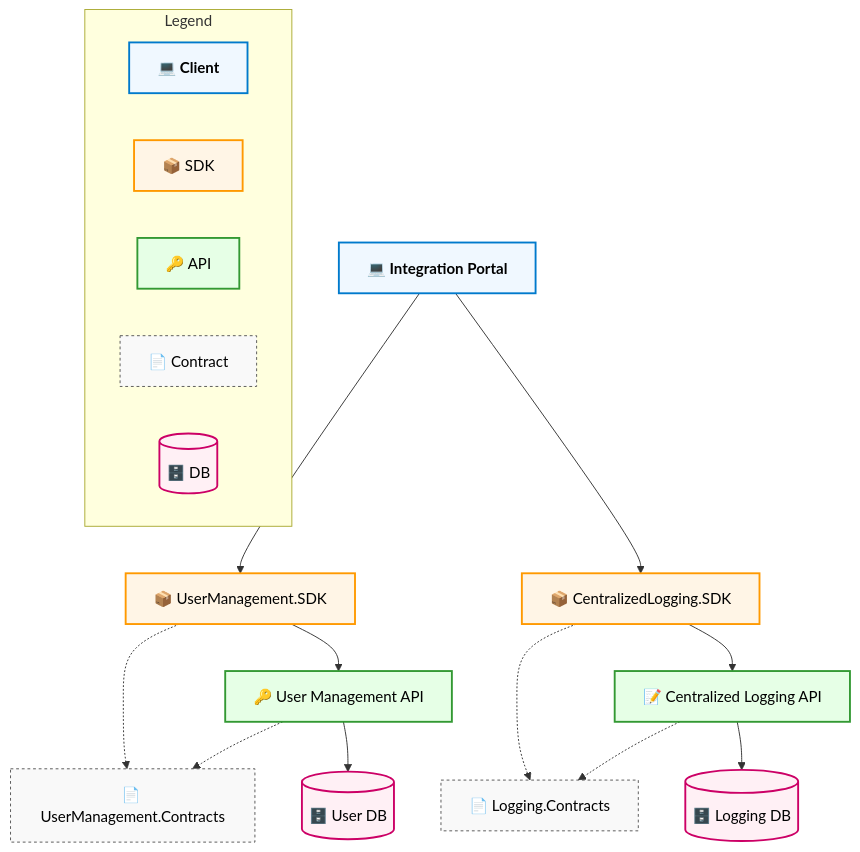
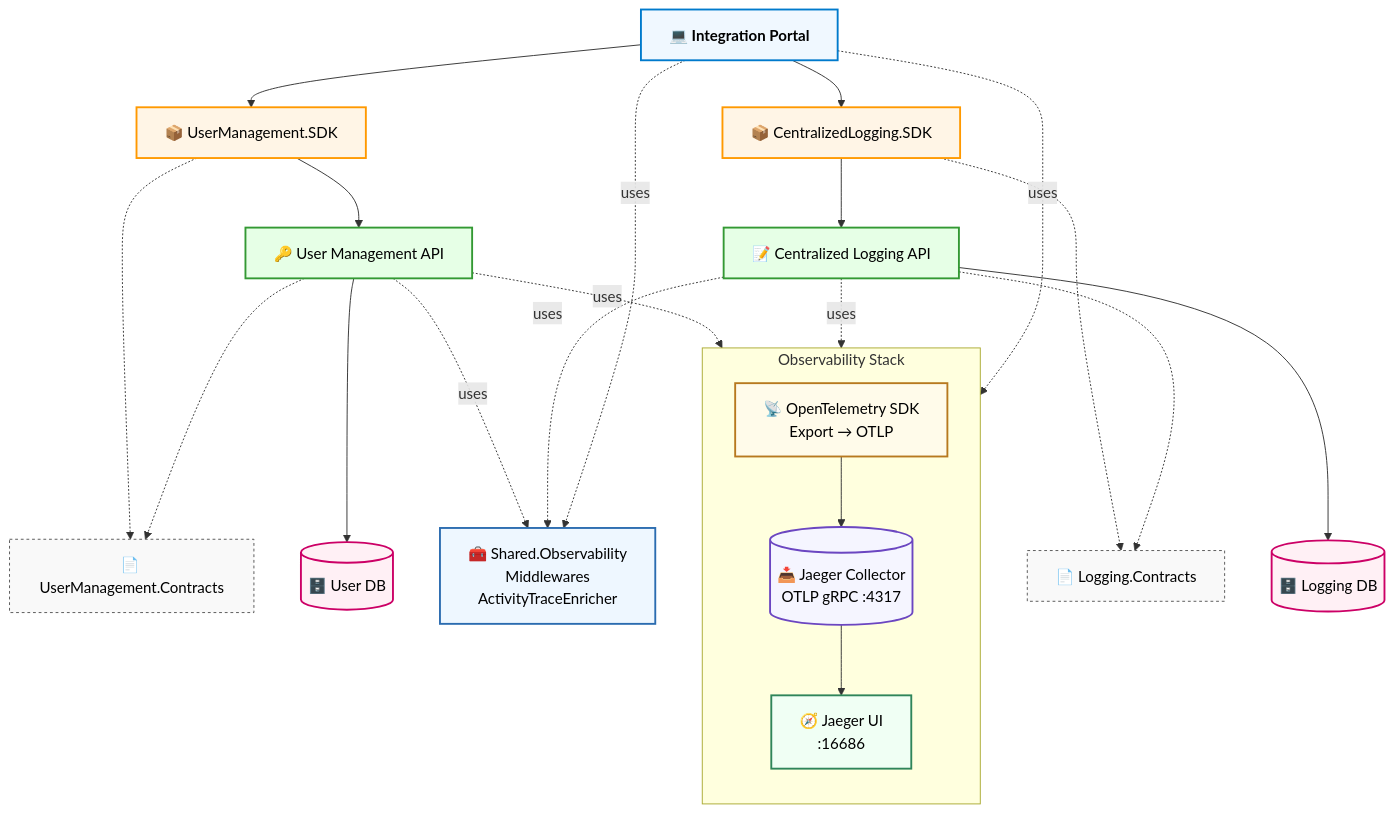
Before and after one commit to HasanJaved-Developer/CentralizedObservability: the diagram in docs/integration_portal_architecture.mmd, drawn with Mermaid. The commit also changed 5 other files, not shown here.

Commit message:
mermaid diagrams added

```diff
--- a/docs/integration_portal_architecture.mmd
+++ b/docs/integration_portal_architecture.mmd
@@ -1,53 +1,73 @@
-flowchart TB
-  %% --- Clients ---
+flowchart TB  
+  %% --- Clients ---  
   Portal[💻 Integration Portal<br/>]:::client
-  
+    
+  %% --- OpenTelemetry & Jaeger (Tracing) ---
+  subgraph OBS[Observability Stack]
+    direction TB
+    OTEL[📡 OpenTelemetry SDK<br/>Export → OTLP]:::otel
+    J_COLLECTOR[(📥 Jaeger Collector<br/>OTLP gRPC :4317)]:::infra
+    J_UI[🧭 Jaeger UI<br/>:16686]:::ui
+    OTEL --> J_COLLECTOR --> J_UI
+  end
 
   %% --- SDKs ---
   UM_SDK[📦 UserManagement.SDK]:::sdk
   LOG_SDK[📦 CentralizedLogging.SDK]:::sdk
 
   %% --- APIs ---
   UM_API[🔑 User Management API]:::api
   LOG_API[📝 Centralized Logging API]:::api
 
   %% --- Contracts ---
   UM_CONTRACTS[📄 UserManagement.Contracts]:::contract
   LOG_CONTRACTS[📄 Logging.Contracts]:::contract
 
   %% --- Databases ---
   UDB[(🗄️ User DB)]:::db
   LDB[(🗄️ Logging DB)]:::db
+
+  %% --- Shared Observability Library ---
+  SHARED[🧰 Shared.Observability<br/>Middlewares<br/>ActivityTraceEnricher]:::lib
+
+ 
+
 
   %% --- Flows ---
   %% Clients use SDKs
   Portal --> UM_SDK --> UM_API
   Portal --> LOG_SDK --> LOG_API
   
   %% SDKs depend on contracts
   UM_SDK -.-> UM_CONTRACTS
   LOG_SDK -.-> LOG_CONTRACTS
 
   %% APIs also follow contracts
   UM_API -.-> UM_CONTRACTS
   LOG_API -.-> LOG_CONTRACTS
 
   %% APIs use DBs
   UM_API --> UDB
   LOG_API --> LDB
 
-  %% --- Legend ---
-  subgraph Legend
-    L1[💻 Client]:::client
-    L2[📦 SDK]:::sdk
-    L3[🔑 API]:::api
-    L4[📄 Contract]:::contract
-    L5[(🗄️ DB)]:::db
-  end
+  %% APIs use Shared Library (middlewares + enricher)
+  UM_API -. uses .-> SHARED
+  LOG_API -. uses .-> SHARED
+  Portal -. uses .-> SHARED
+
+  %% APIs emit traces via OTel to Jaeger
+  UM_API -. uses .-> OTEL
+  LOG_API -. uses .-> OTEL
+  Portal -. uses .-> OTEL
 
   %% --- Styles ---
   classDef client fill:#f0f8ff,stroke:#007acc,stroke-width:2px,color:#000,font-weight:bold;
   classDef sdk fill:#fff5e6,stroke:#ff9900,stroke-width:2px,color:#000;
   classDef api fill:#e6ffe6,stroke:#339933,stroke-width:2px,color:#000;
   classDef contract fill:#f9f9f9,stroke:#555555,stroke-dasharray: 3 3,color:#000;
   classDef db fill:#fff0f5,stroke:#cc0066,stroke-width:2px,color:#000;
+  
+  classDef lib fill:#eef7ff,stroke:#2b6cb0,stroke-width:2px,color:#000;
+  classDef otel fill:#fffbea,stroke:#b7791f,stroke-width:2px,color:#000;
+  classDef infra fill:#f5f5ff,stroke:#6b46c1,stroke-width:2px,color:#000;
+  classDef ui fill:#f0fff4,stroke:#2f855a,stroke-width:2px,color:#000;
```
